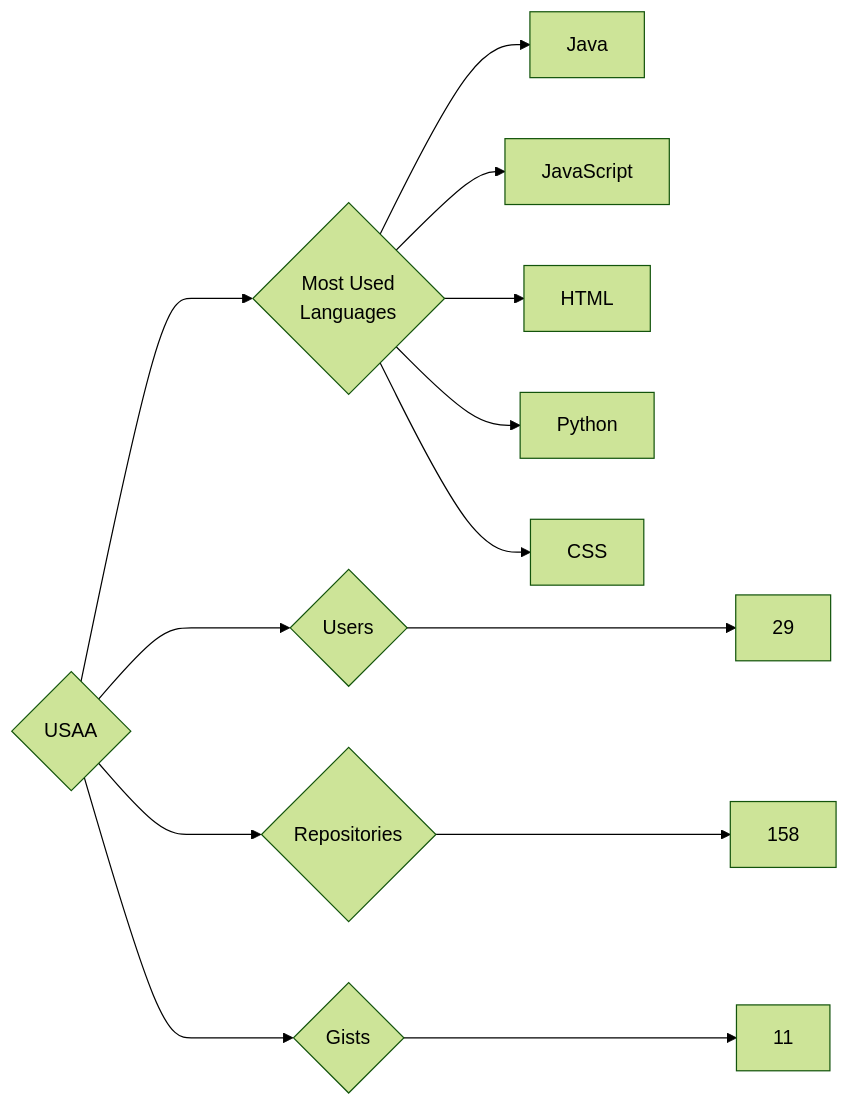
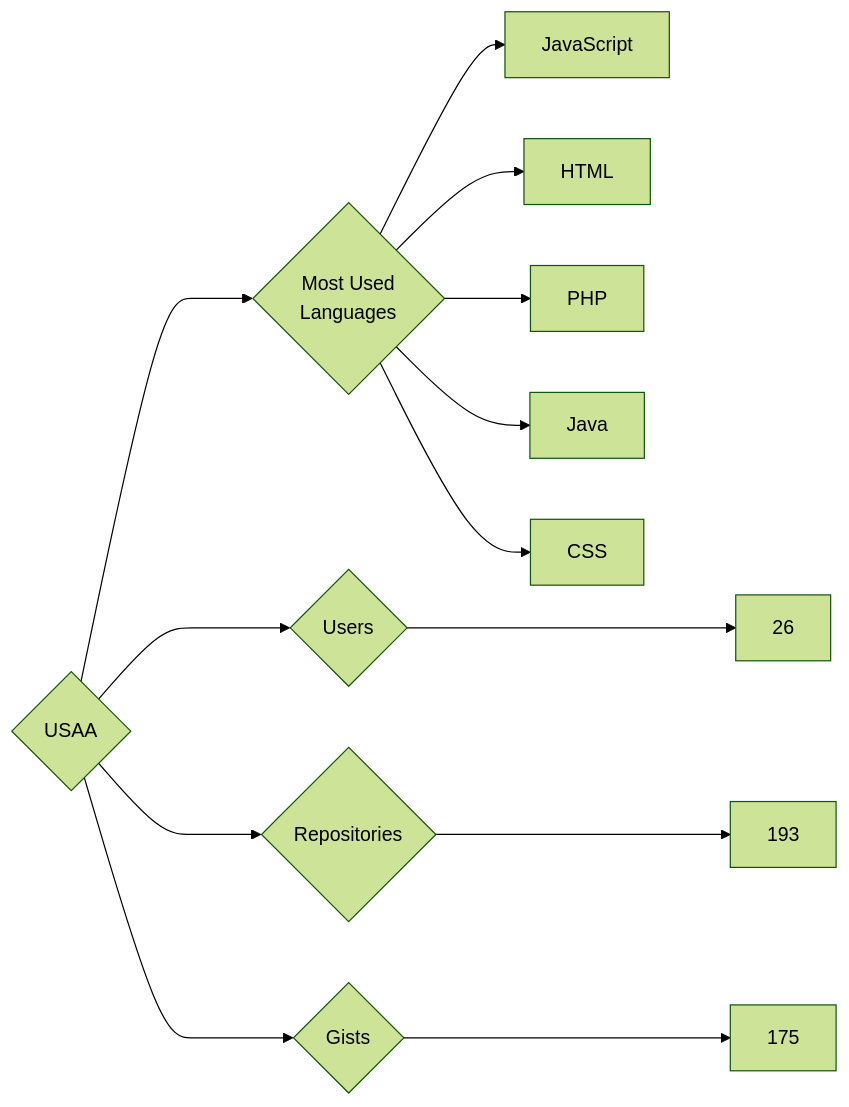
Before and after one commit to trickest/insiders: the diagram in targets/USAA/README.md, drawn with Mermaid (forest theme). The commit also changed 833 other files, not shown here.

````diff
--- a/targets/USAA/README.md
+++ b/targets/USAA/README.md
@@ -3,13 +3,13 @@
 ```mermaid
 graph LR
 COMPANY_NAME{USAA}
-COMPANY_NAME ---> U{Users} ---> UN[29]
-COMPANY_NAME ---> R{Repositories} ---> RN[158]
-COMPANY_NAME ---> G{Gists} ---> GN[11]
+COMPANY_NAME ---> U{Users} ---> UN[26]
+COMPANY_NAME ---> R{Repositories} ---> RN[193]
+COMPANY_NAME ---> G{Gists} ---> GN[175]
 COMPANY_NAME ---> ML{Most Used<br>Languages}
-ML --> Java[Java]
 ML --> JavaScript[JavaScript]
 ML --> HTML[HTML]
-ML --> Python[Python]
+ML --> PHP[PHP]
+ML --> Java[Java]
 ML --> CSS[CSS]
 ```
````
